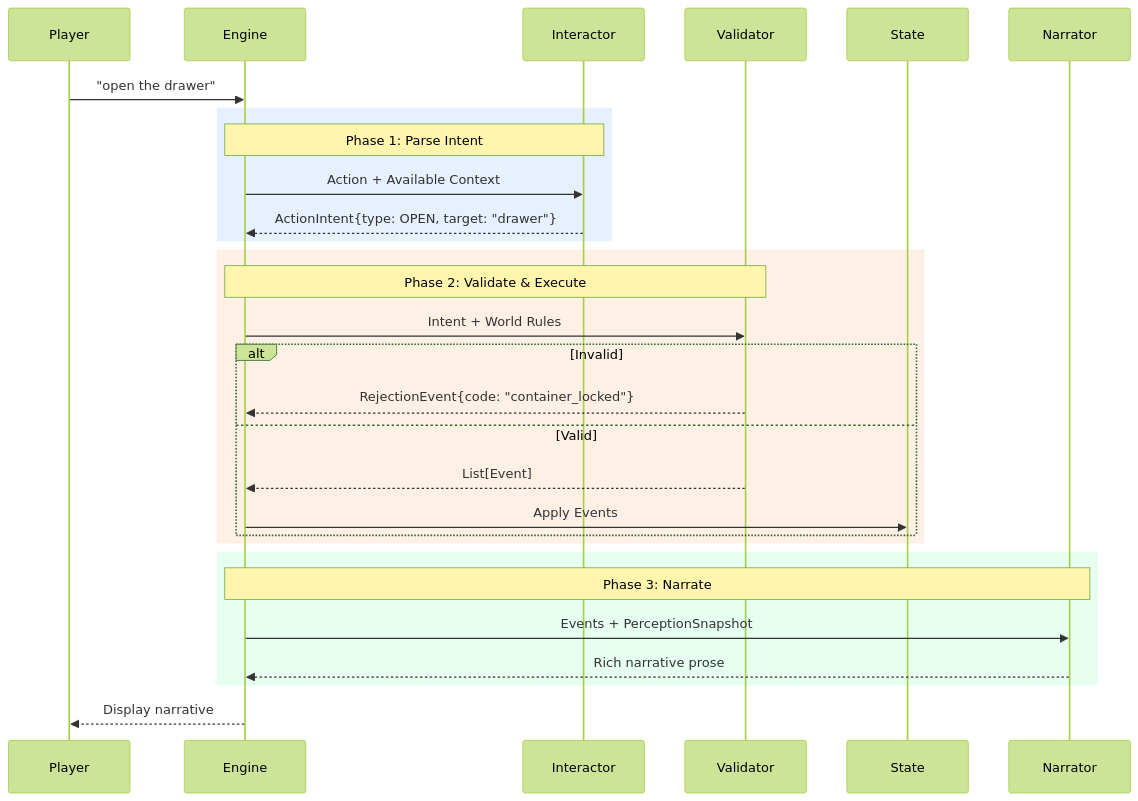
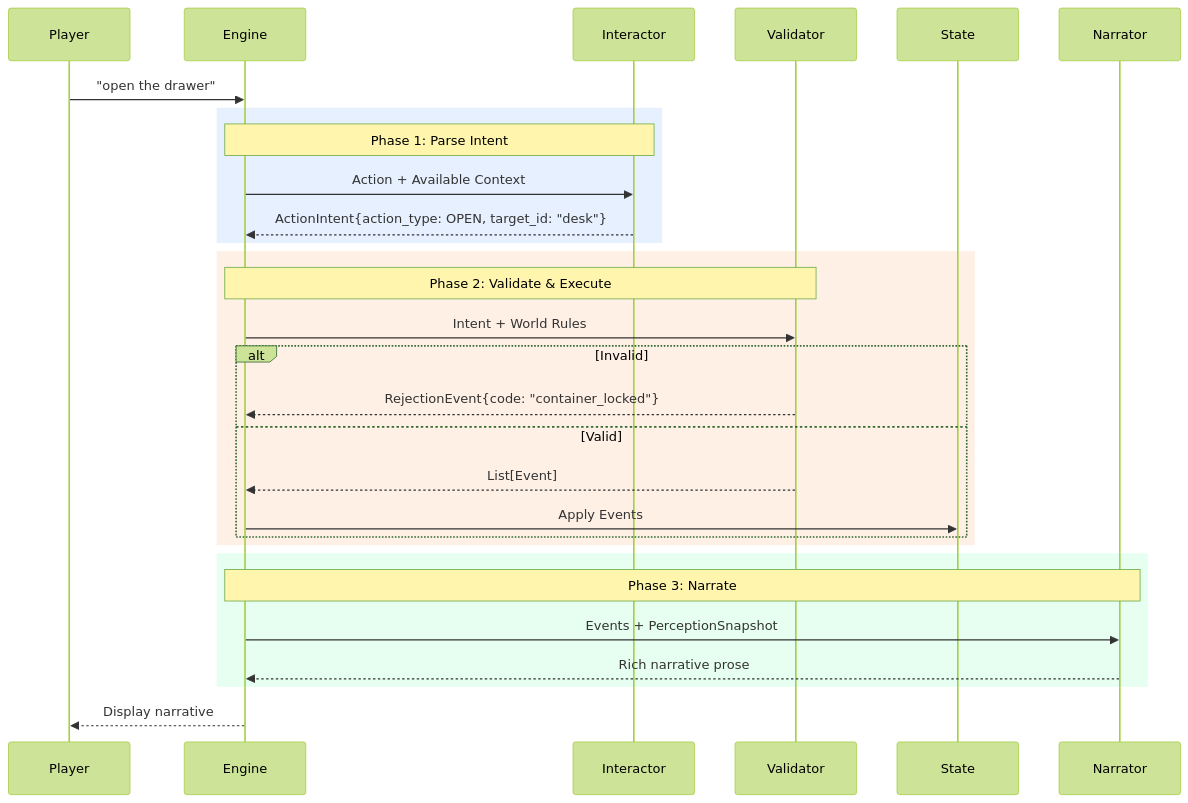
The second of 6 diagrams in planning/two-phase-game-loop-spec.md (hazelcreek/gaime), drawn with Mermaid (forest theme) before and after one commit. The commit also changed other lines of this file, not shown here.

````diff
--- a/planning/two-phase-game-loop-spec.md
+++ b/planning/two-phase-game-loop-spec.md
@@ -97,36 +97,36 @@
 ```mermaid
 sequenceDiagram
     participant P as Player
     participant E as Engine
     participant I as Interactor
     participant V as Validator
     participant S as State
     participant N as Narrator
 
     P->>E: "open the drawer"
     
     rect rgb(230, 240, 255)
         Note over E,I: Phase 1: Parse Intent
         E->>I: Action + Available Context
-        I-->>E: ActionIntent{type: OPEN, target: "drawer"}
+        I-->>E: ActionIntent{action_type: OPEN, target_id: "desk"}
     end
     
     rect rgb(255, 240, 230)
         Note over E,V: Phase 2: Validate & Execute
         E->>V: Intent + World Rules
         alt Invalid
             V-->>E: RejectionEvent{code: "container_locked"}
         else Valid
             V-->>E: List[Event]
             E->>S: Apply Events
         end
     end
     
     rect rgb(230, 255, 240)
         Note over E,N: Phase 3: Narrate
         E->>N: Events + PerceptionSnapshot
         N-->>E: Rich narrative prose
     end
     
     E-->>P: Display narrative
 ```
````
